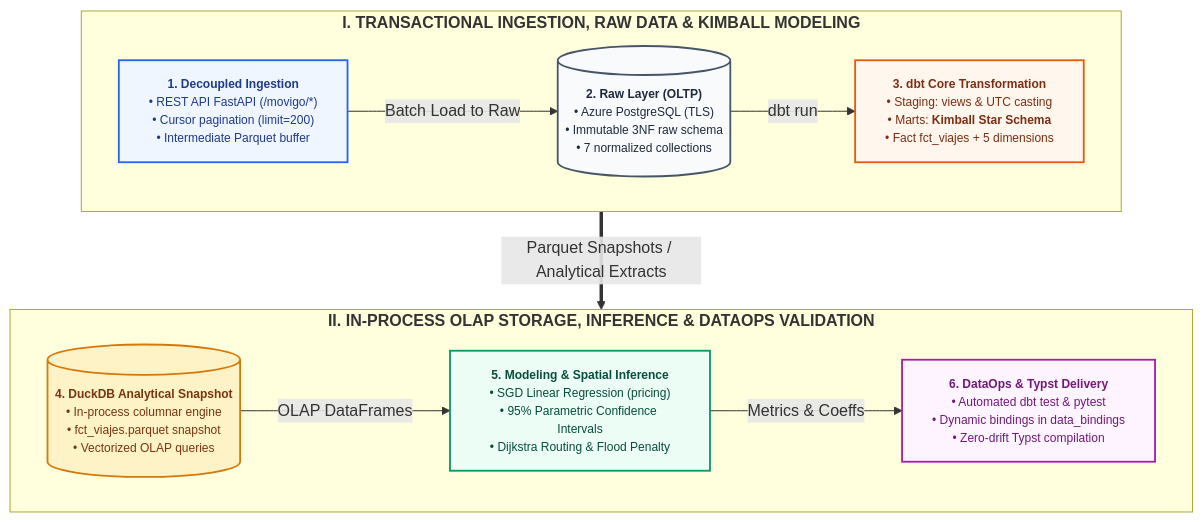
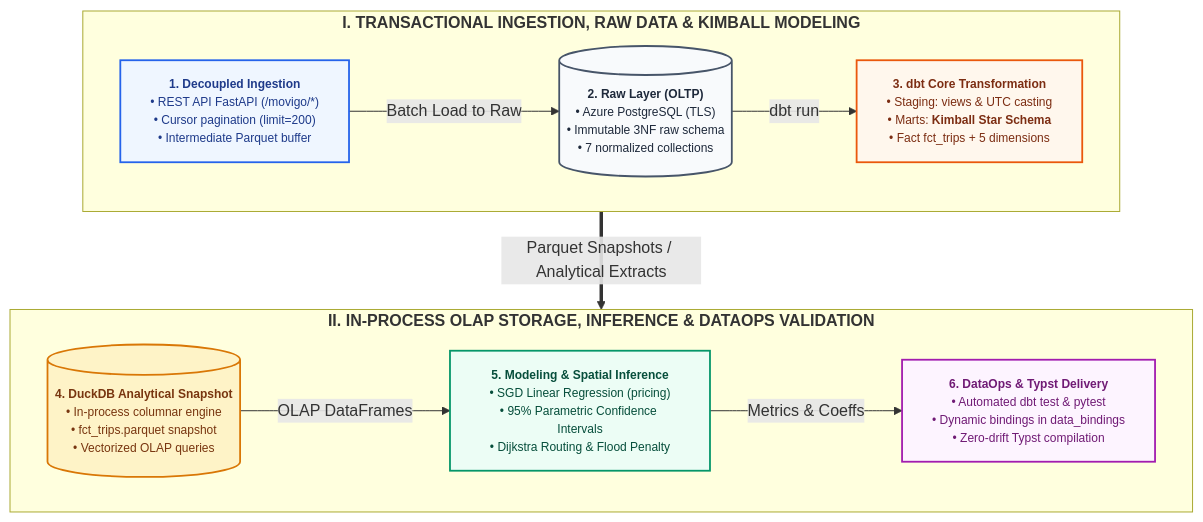
The diagram in typst/diagrams/pipeline_architecture.mmd (vect-maker/movigo-analytics), drawn with Mermaid before and after one commit. The commit also changed 56 other files, not shown here.

```diff
--- a/typst/diagrams/pipeline_architecture.mmd
+++ b/typst/diagrams/pipeline_architecture.mmd
@@ -1,63 +1,63 @@
 %% Diagrama Arquitectónico del Pipeline de Datos ELT y DataOps - MoviGo
 flowchart TD
     %% =========================================================================
     %% ESTILOS VISUALES Y CLASES
     %% =========================================================================
     classDef default fill:#F8FAFC,stroke:#334155,stroke-width:1.5px,color:#0F172A,font-size:12px;
     classDef p1 fill:#EFF6FF,stroke:#2563EB,stroke-width:1.8px,color:#1E3A8A;
     classDef p2 fill:#F8FAFC,stroke:#475569,stroke-width:1.8px,color:#1E293B;
     classDef p3 fill:#FFF7ED,stroke:#EA580C,stroke-width:1.8px,color:#7C2D12;
     classDef p4 fill:#FEF3C7,stroke:#D97706,stroke-width:1.8px,color:#78350F;
     classDef p5 fill:#ECFDF5,stroke:#059669,stroke-width:1.8px,color:#064E3B;
     classDef p6 fill:#FDF4FF,stroke:#A21CAF,stroke-width:1.8px,color:#701A75;
 
     %% =========================================================================
     %% FILA 1: INGESTION, RAW DATA & KIMBALL MODELING
     %% =========================================================================
     subgraph S1 ["<b>I. TRANSACTIONAL INGESTION, RAW DATA & KIMBALL MODELING</b>"]
         direction LR
         P1["`**1. Decoupled Ingestion**
         • REST API FastAPI (/movigo/*)
         • Cursor pagination (limit=200)
         • Intermediate Parquet buffer`"]:::p1
 
         P2[("`**2. Raw Layer (OLTP)**
         • Azure PostgreSQL (TLS)
         • Immutable 3NF raw schema
         • 7 normalized collections`")]:::p2
 
         P3["`**3. dbt Core Transformation**
         • Staging: views & UTC casting
         • Marts: **Kimball Star Schema**
-        • Fact fct_viajes + 5 dimensions`"]:::p3
+        • Fact fct_trips + 5 dimensions`"]:::p3
 
         P1 -->|Batch Load to Raw| P2
         P2 -->|dbt run| P3
     end
 
     %% =========================================================================
     %% FILA 2: ANALYTICAL STORAGE, INFERENCE & DATAOPS
     %% =========================================================================
     subgraph S2 ["<b>II. IN-PROCESS OLAP STORAGE, INFERENCE & DATAOPS VALIDATION</b>"]
         direction LR
         P4[("`**4. DuckDB Analytical Snapshot**
         • In-process columnar engine
-        • fct_viajes.parquet snapshot
+        • fct_trips.parquet snapshot
         • Vectorized OLAP queries`")]:::p4
 
         P5["`**5. Modeling & Spatial Inference**
         • SGD Linear Regression (pricing)
         • 95% Parametric Confidence Intervals
         • Dijkstra Routing & Flood Penalty`"]:::p5
 
         P6["`**6. DataOps & Typst Delivery**
         • Automated dbt test & pytest
         • Dynamic bindings in data_bindings
         • Zero-drift Typst compilation`"]:::p6
 
         P4 -->|OLAP DataFrames| P5
         P5 -->|Metrics & Coeffs| P6
     end
 
     %% Conexión inter-bloque
     S1 ==>|Parquet Snapshots / Analytical Extracts| S2
```
